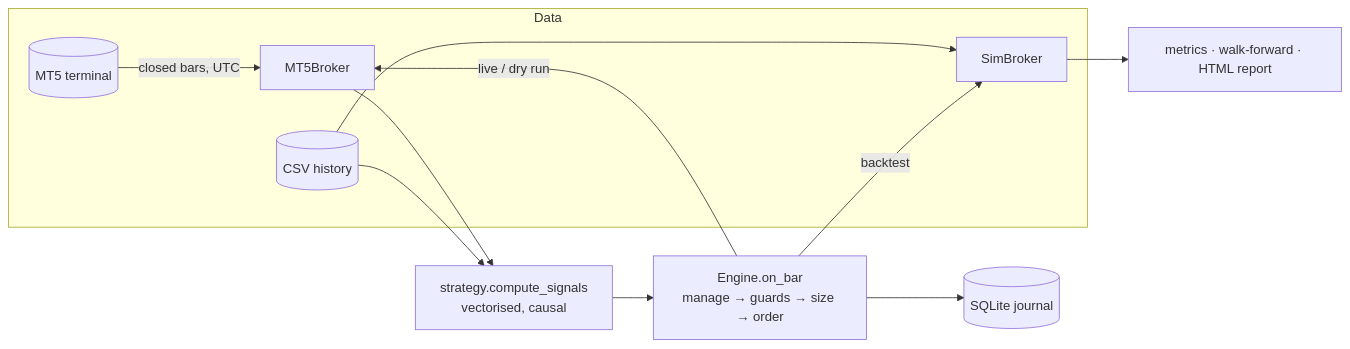
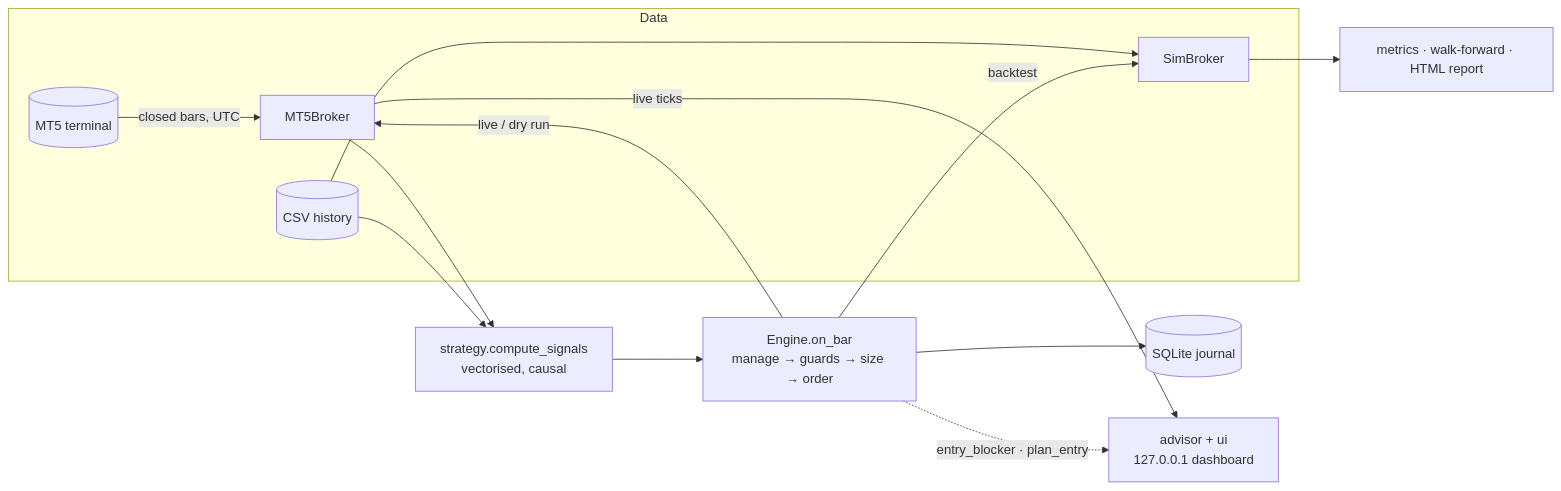
Before and after one commit to fahadkatonvule24/tradingBot: the diagram in README.md, drawn with Mermaid. The commit also changed other lines of this file and 15 other files, not shown here.

First line of the commit message:
Add a live advisor dashboard: when, where, and how much

````diff
--- a/README.md
+++ b/README.md
@@ -88,14 +138,16 @@
 ```mermaid
 flowchart LR
     subgraph Data
       MT5[(MT5 terminal)] -->|closed bars, UTC| A[MT5Broker]
       CSV[(CSV history)] --> S[SimBroker]
     end
     A --> F[strategy.compute_signals<br/>vectorised, causal]
     CSV --> F
     F --> E[Engine.on_bar<br/>manage → guards → size → order]
     E -->|live / dry run| A
     E -->|backtest| S
     S --> R[metrics · walk-forward · HTML report]
     E --> J[(SQLite journal)]
+    A -->|live ticks| U[advisor + ui<br/>127.0.0.1 dashboard]
+    E -.->|entry_blocker · plan_entry| U
 ```
````
